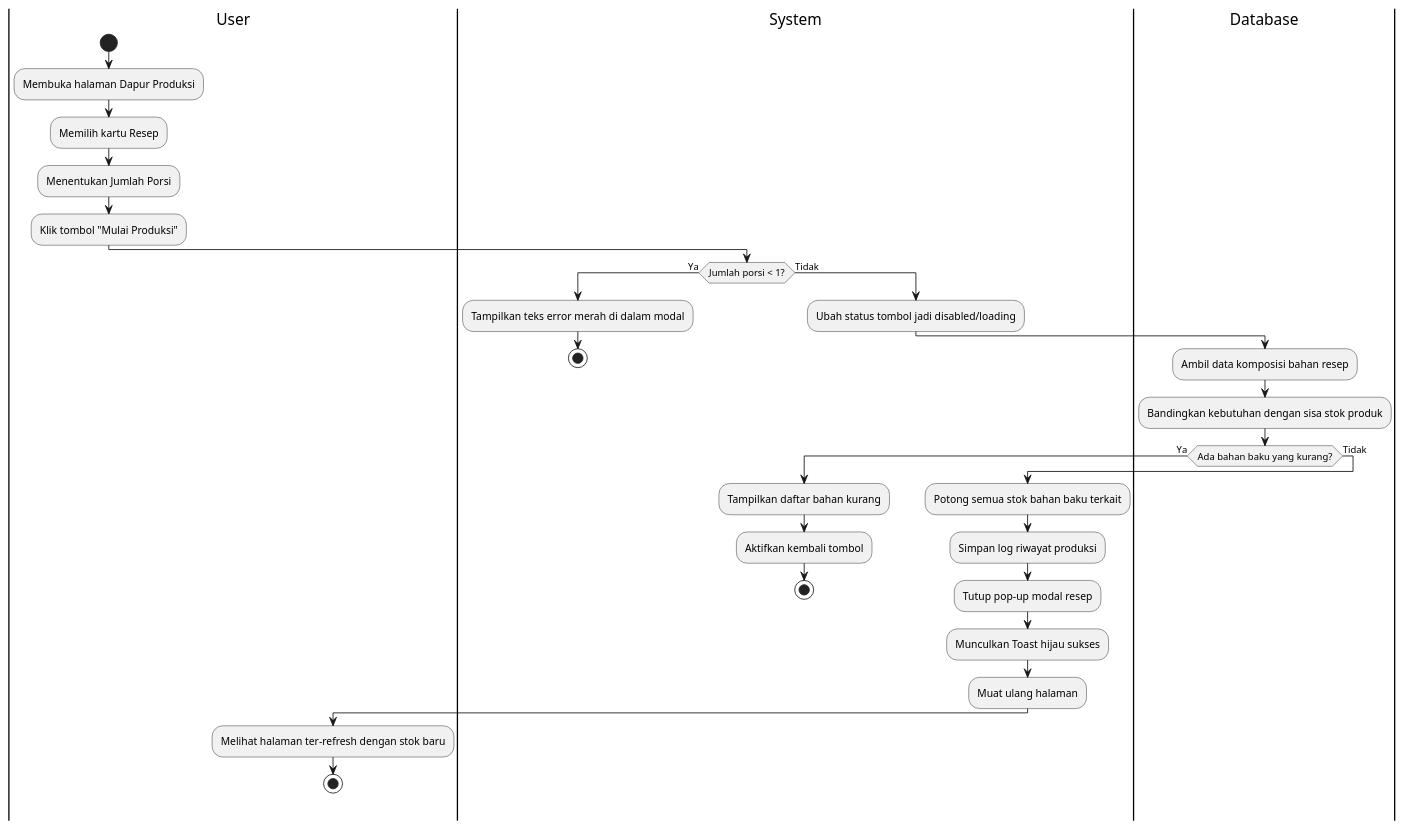
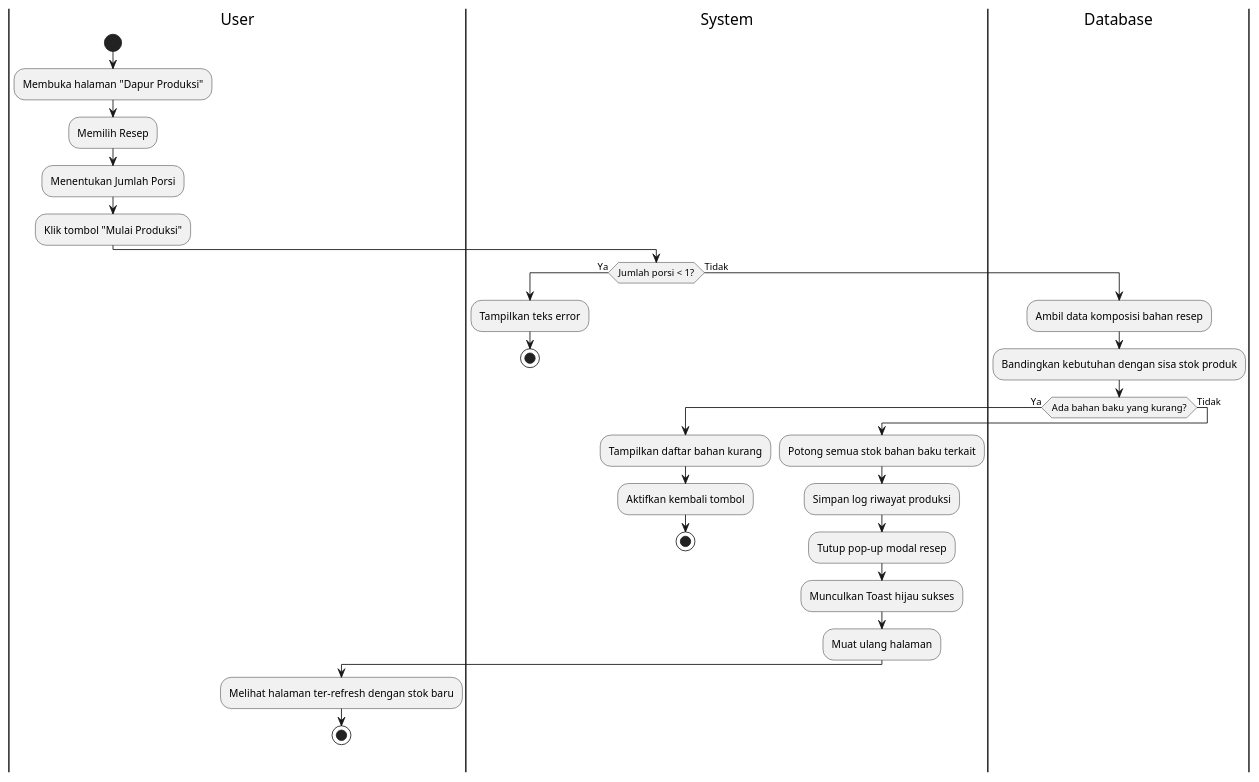
The diagram in DiagramUML/Activity Diagram/produksi.puml (anandajuliar/projectpwf), drawn with PlantUML before and after one commit. The commit also changed 4 other files, not shown here.

Commit message:
update act diagram

```diff
--- a/DiagramUML/Activity Diagram/produksi.puml
+++ b/DiagramUML/Activity Diagram/produksi.puml
@@ -1,38 +1,36 @@
 @startuml
 |User|
 start
-:Membuka halaman Dapur Produksi;
-:Memilih kartu Resep;
+:Membuka halaman "Dapur Produksi";
+:Memilih Resep;
 :Menentukan Jumlah Porsi;
 :Klik tombol "Mulai Produksi";
 
 |System|
 if (Jumlah porsi < 1?) then (Ya)
-    :Tampilkan teks error merah di dalam modal;
+    :Tampilkan teks error;
     stop
 else (Tidak)
-    :Ubah status tombol jadi disabled/loading;
-    
     |Database|
     :Ambil data komposisi bahan resep;
     :Bandingkan kebutuhan dengan sisa stok produk;
     
     if (Ada bahan baku yang kurang?) then (Ya)
         |System|
         :Tampilkan daftar bahan kurang;
         :Aktifkan kembali tombol;
         stop
     else (Tidak)
         :Potong semua stok bahan baku terkait;
         :Simpan log riwayat produksi;
         
         |System|
         :Tutup pop-up modal resep;
         :Munculkan Toast hijau sukses;
         :Muat ulang halaman;
         |User|
         :Melihat halaman ter-refresh dengan stok baru;
         stop
     endif
 endif
 @enduml
```
